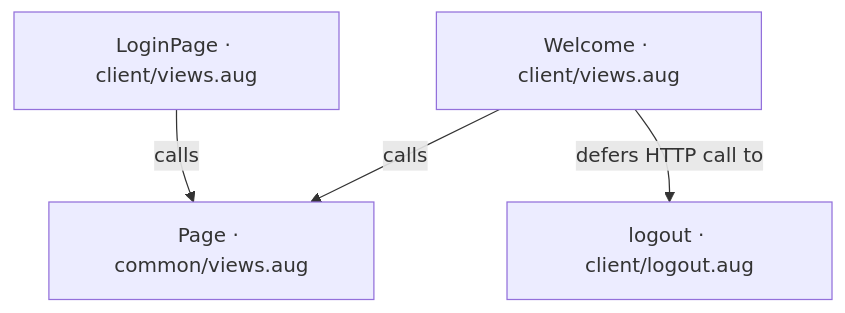
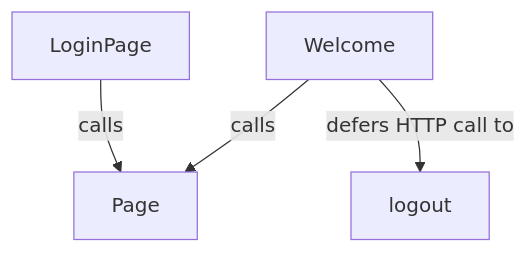
Before and after one commit to GreenPandaStudios/augscript: the first of 3 diagrams in docs/examples/oidc-login/client/views-diagrams.md, drawn with Mermaid. The commit also changed other lines of this file and 524 other files, not shown here.

Commit message:
Explain checked data flow at folder and service levels

````diff
--- a/docs/examples/oidc-login/client/views-diagrams.md
+++ b/docs/examples/oidc-login/client/views-diagrams.md
@@ -23,10 +20,10 @@
 ```mermaid
 flowchart TD
-    n0["logout · client/logout.aug"]
-    n1["LoginPage · client/views.aug"]
-    n2["Welcome · client/views.aug"]
-    n3["Page · common/views.aug"]
+    n0["logout"]
+    n1["LoginPage"]
+    n2["Welcome"]
+    n3["Page"]
     n1 -->|"calls"| n3
     n2 -->|"defers HTTP call to"| n0
     n2 -->|"calls"| n3
 ```
````
